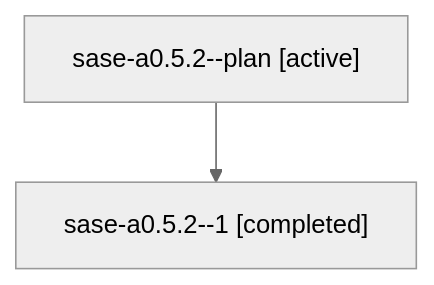
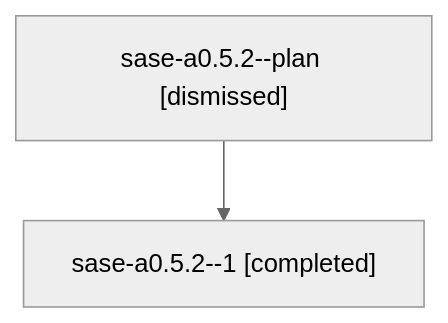
One commit to sase-org/sase--agents changed the diagram in sessions/bbugyi200.athena.sase-a0.5.2.md. Above: the diagram before and after it, drawn with Mermaid (neutral theme). The commit also changed other lines of this file and 90 other files, not shown here.

````diff
--- a/sessions/bbugyi200.athena.sase-a0.5.2.md
+++ b/sessions/bbugyi200.athena.sase-a0.5.2.md
@@ -9,6 +9,6 @@
 ```mermaid
 flowchart TD
-  n0["sase-a0.5.2--plan [active]"]
+  n0["sase-a0.5.2--plan [dismissed]"]
   n1["sase-a0.5.2--1 [completed]"]
   n0 --> n1
 ```
````
